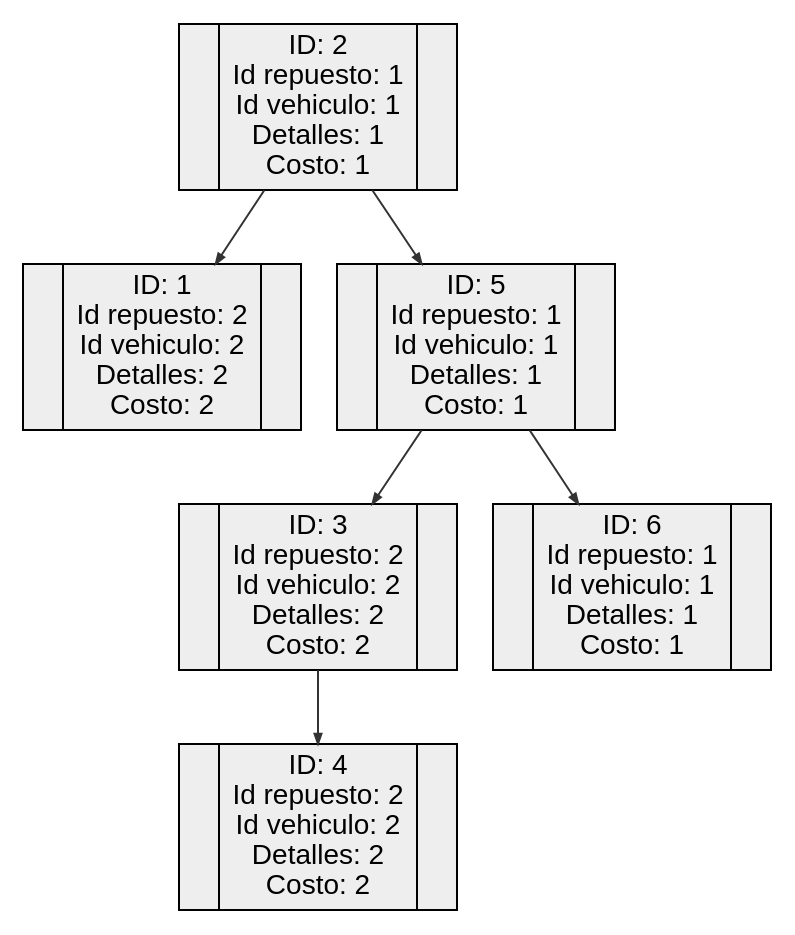
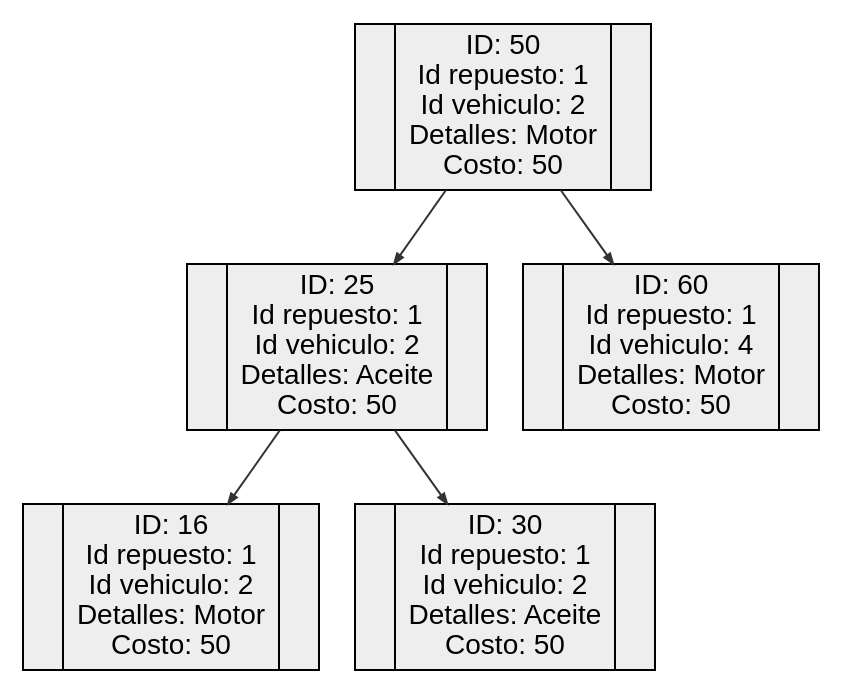
The diagram in Fase2/AutoGestPro/Reportes/ReporteServicios.dot (0520Jose/-EDD-1S2025_202300539), drawn with Graphviz before and after one commit. The commit also changed 58 other files, not shown here.

```diff
--- a/Fase2/AutoGestPro/Reportes/ReporteServicios.dot
+++ b/Fase2/AutoGestPro/Reportes/ReporteServicios.dot
@@ -1,35 +1,33 @@
 digraph G {
 node [shape=record];
 rankdir=TB;
 node [height=0.5];
 node [width=0.5];
 node [style=filled];
 node [fillcolor="#EEEEEE"];
 node [fontname="Arial"];
 edge [fontname="Arial"];
 edge [fontsize=8];
 edge [fontcolor="#333333"];
 edge [labelfloat=false];
 edge [decorate=true];
 edge [style="solid"];
 edge [color="#333333"];
 edge [dir="forward"];
 edge [arrowhead="normal"];
 edge [arrowsize="0.5"];
 edge [arrowtail="normal"];
 edge [taillabel=""];
 edge [headlabel=""];
 edge [label=""];
 edge [weight="1"];
-n2 [label="<f0> |<f1> ID: 2\nId repuesto: 1\nId vehiculo: 1\nDetalles: 1\nCosto: 1|<f2>"];
-n2 -> n1;
-n2 -> n5;
-n1 [label="<f0> |<f1> ID: 1\nId repuesto: 2\nId vehiculo: 2\nDetalles: 2\nCosto: 2|<f2>"];
-n5 [label="<f0> |<f1> ID: 5\nId repuesto: 1\nId vehiculo: 1\nDetalles: 1\nCosto: 1|<f2>"];
-n5 -> n3;
-n5 -> n6;
-n3 [label="<f0> |<f1> ID: 3\nId repuesto: 2\nId vehiculo: 2\nDetalles: 2\nCosto: 2|<f2>"];
-n3 -> n4;
-n4 [label="<f0> |<f1> ID: 4\nId repuesto: 2\nId vehiculo: 2\nDetalles: 2\nCosto: 2|<f2>"];
-n6 [label="<f0> |<f1> ID: 6\nId repuesto: 1\nId vehiculo: 1\nDetalles: 1\nCosto: 1|<f2>"];
+n50 [label="<f0> |<f1> ID: 50\nId repuesto: 1\nId vehiculo: 2\nDetalles: Motor\nCosto: 50|<f2>"];
+n50 -> n25;
+n50 -> n60;
+n25 [label="<f0> |<f1> ID: 25\nId repuesto: 1\nId vehiculo: 2\nDetalles: Aceite\nCosto: 50|<f2>"];
+n25 -> n16;
+n25 -> n30;
+n16 [label="<f0> |<f1> ID: 16\nId repuesto: 1\nId vehiculo: 2\nDetalles: Motor\nCosto: 50|<f2>"];
+n30 [label="<f0> |<f1> ID: 30\nId repuesto: 1\nId vehiculo: 2\nDetalles: Aceite\nCosto: 50|<f2>"];
+n60 [label="<f0> |<f1> ID: 60\nId repuesto: 1\nId vehiculo: 4\nDetalles: Motor\nCosto: 50|<f2>"];
 }
```
